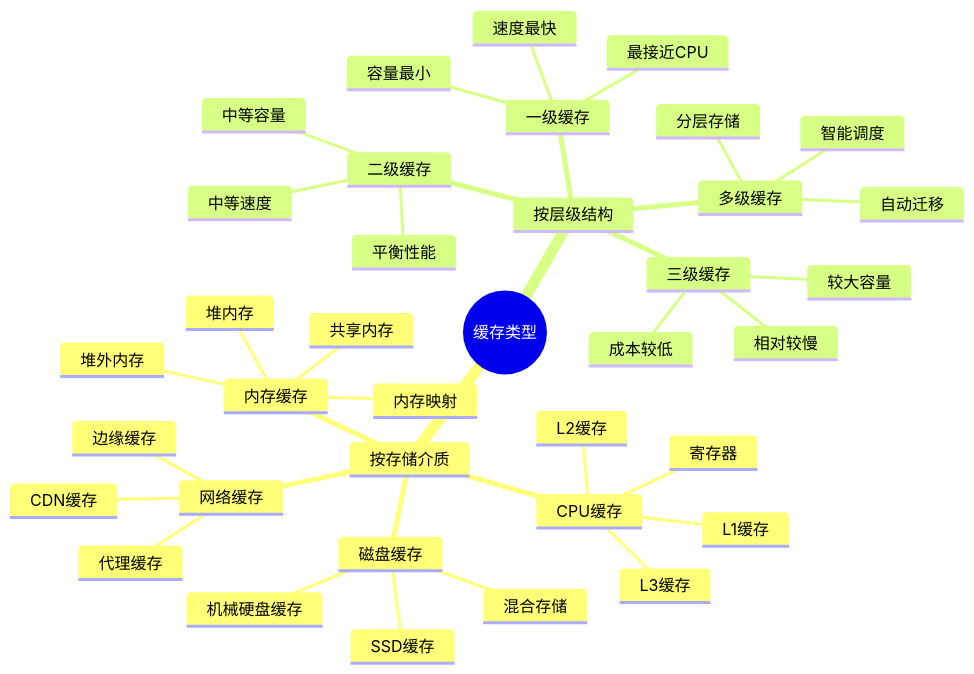
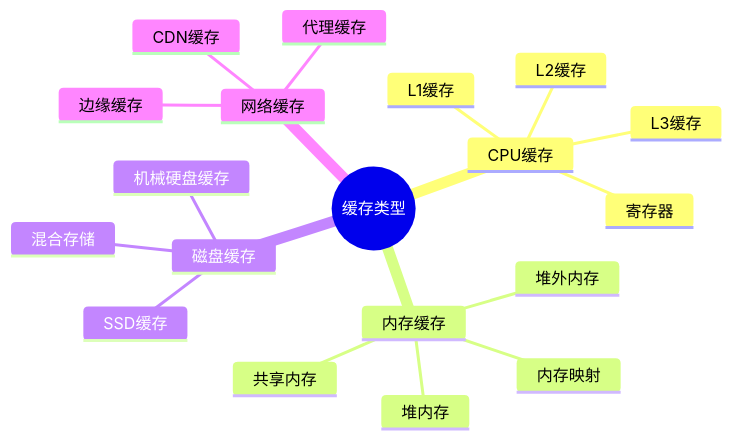
The fourth of 46 diagrams in 00.通用技术的提升/02.源码设计思想/03.缓存架构设计思想.md (chongyang211/YCBookBlog), drawn with Mermaid before and after one commit. The commit also changed other lines of this file, not shown here.

Commit message:
存储介质分类

````diff
--- a/00.通用技术的提升/02.源码设计思想/03.缓存架构设计思想.md
+++ b/00.通用技术的提升/02.源码设计思想/03.缓存架构设计思想.md
@@ -119,40 +118,22 @@
 ```mermaid
 mindmap
   root((缓存类型))
-    按存储介质
       CPU缓存
         L1缓存
         L2缓存
         L3缓存
         寄存器
       内存缓存
         堆内存
         堆外内存
         共享内存
         内存映射
       磁盘缓存
         SSD缓存
         机械硬盘缓存
         混合存储
       网络缓存
         CDN缓存
         代理缓存
         边缘缓存
-    按层级结构
-      一级缓存
-        最接近CPU
-        容量最小
-        速度最快
-      二级缓存
-        中等容量
-        中等速度
-        平衡性能
-      三级缓存
-        较大容量
-        相对较慢
-        成本较低
-      多级缓存
-        分层存储
-        自动迁移
-        智能调度
 ```
````
